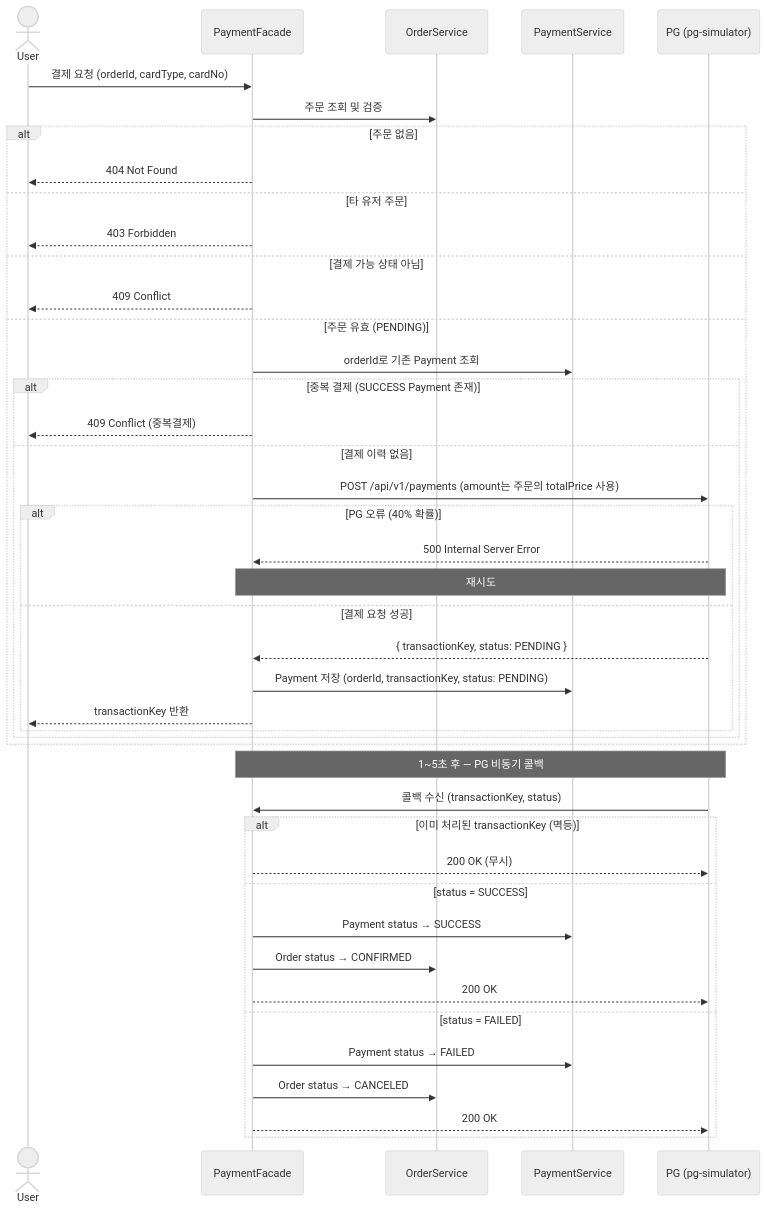
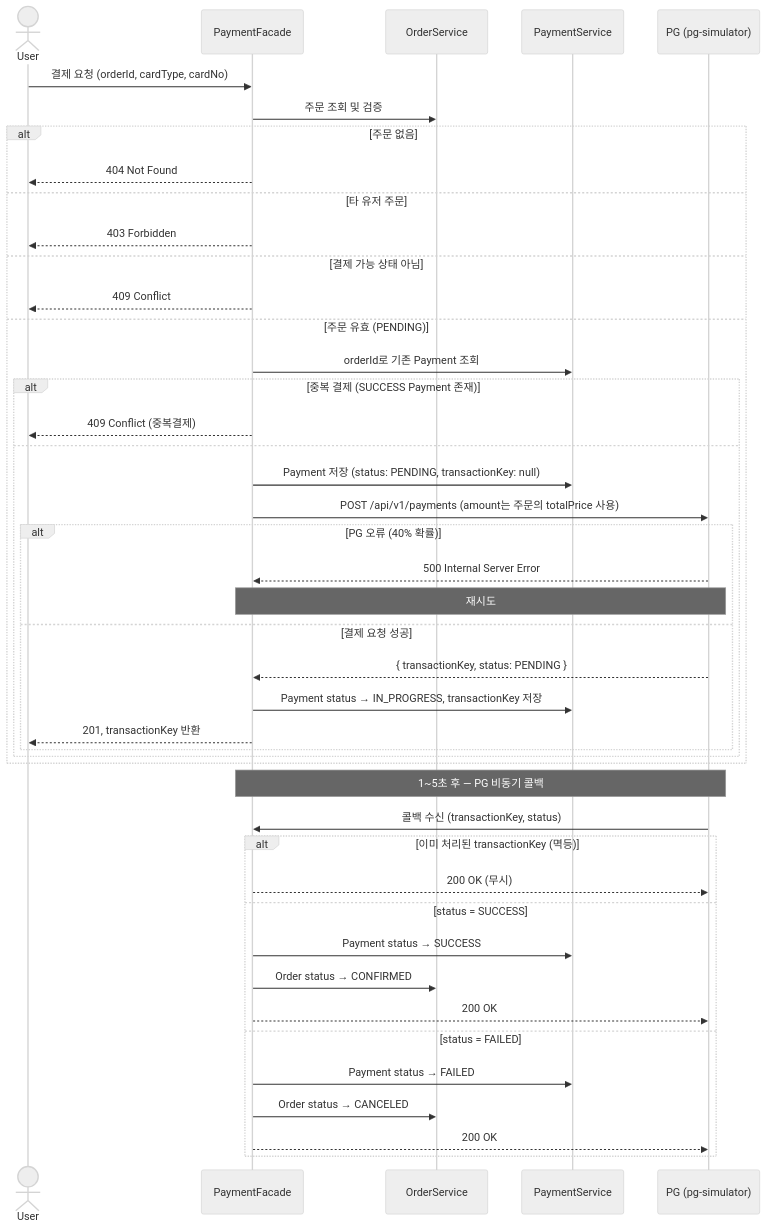
The diagram in docs/design/05-pg-integration.md (ji-eun-k/loop-pack-be-l2-vol4-java), drawn with Mermaid (neutral theme) before and after one commit. The commit also changed other lines of this file and 4 other files, not shown here.

````diff
--- a/docs/design/05-pg-integration.md
+++ b/docs/design/05-pg-integration.md
@@ -129,50 +132,51 @@
 ```mermaid
 sequenceDiagram
   actor User as User
   participant PF as PaymentFacade
   participant OS as OrderService
   participant PS as PaymentService
   participant PG as PG (pg-simulator)
 
   User->>PF: 결제 요청 (orderId, cardType, cardNo)
   PF->>OS: 주문 조회 및 검증
 
   alt 주문 없음
     PF-->>User: 404 Not Found
   else 타 유저 주문
     PF-->>User: 403 Forbidden
   else 결제 가능 상태 아님
     PF-->>User: 409 Conflict
   else 주문 유효 (PENDING)
     PF->>PS: orderId로 기존 Payment 조회
     alt 중복 결제 (SUCCESS Payment 존재)
       PF-->>User: 409 Conflict (중복결제)
-    else 결제 이력 없음
+    else
+      PF->>PS: Payment 저장 (status: PENDING, transactionKey: null)
       PF->>PG: POST /api/v1/payments (amount는 주문의 totalPrice 사용)
 
       alt PG 오류 (40% 확률)
         PG-->>PF: 500 Internal Server Error
         Note over PF,PG: 재시도
       else 결제 요청 성공
         PG-->>PF: { transactionKey, status: PENDING }
-        PF->>PS: Payment 저장 (orderId, transactionKey, status: PENDING)
-        PF-->>User: transactionKey 반환
+        PF->>PS: Payment status → IN_PROGRESS, transactionKey 저장
+        PF-->>User: 201, transactionKey 반환
       end
     end
   end
 
   Note over PG,PF: 1~5초 후 — PG 비동기 콜백
   PG->>PF: 콜백 수신 (transactionKey, status)
 
   alt 이미 처리된 transactionKey (멱등)
     PF-->>PG: 200 OK (무시)
   else status = SUCCESS
     PF->>PS: Payment status → SUCCESS
     PF->>OS: Order status → CONFIRMED
     PF-->>PG: 200 OK
   else status = FAILED
     PF->>PS: Payment status → FAILED
     PF->>OS: Order status → CANCELED
     PF-->>PG: 200 OK
   end
 ```
````
